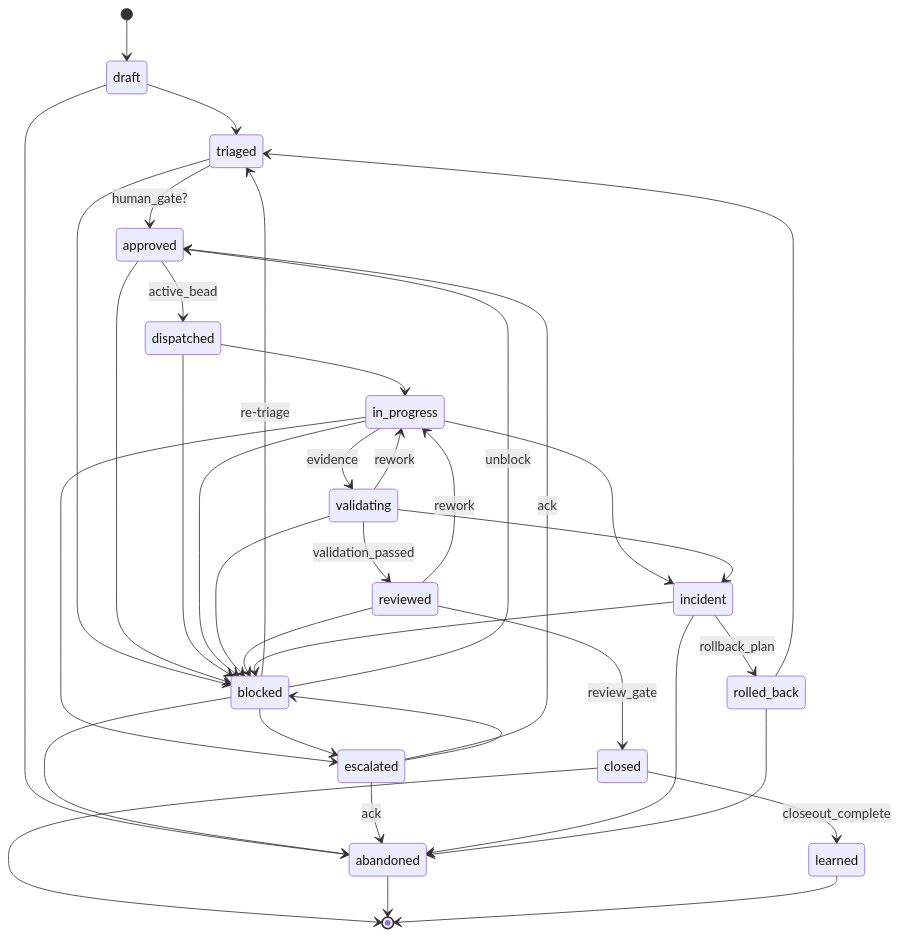
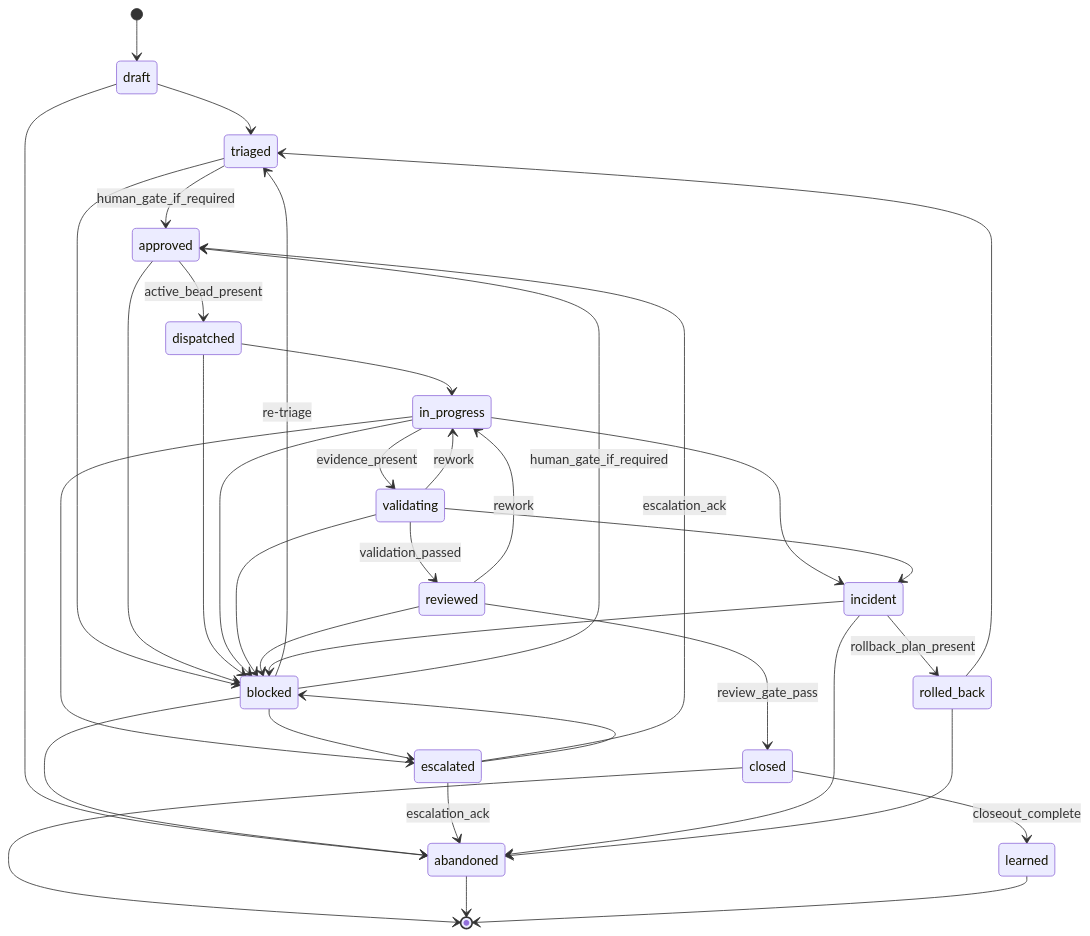
The first of 2 diagrams in docs/architecture/STATE_MACHINE.md (kas1987/chromatic-atomic-tower), drawn with Mermaid before and after one commit. The commit also changed other lines of this file and 2 other files, not shown here.

Commit message:
fix(state-machine): address review feedback on transition rules
- BEAD queued->active: drop mission-scoped guard active_bead_present -> none
  (no precondition on BEAD dispatch; guard was a copy-paste from mission rules)
- Mission blocked->approved: none -> human_gate_if_required to close the
  triaged->blocked->approved bypass path identified by Codex P1
- YAML terminal-state comments: closed/completed are non-terminal; reword to
  match the actual *_terminal_states lists
- STATE_MACHINE.md: replace shorthand diagram labels with exact guard names
  (human_gate_if_required, active_bead_present, evidence_present,
   review_gate_pass, escalation_ack, rollback_plan_present); fix mission and
  BEAD terminal-state prose; blocked->approved label carries guard name
- Evidence report: align terminal-state wording with rule file

Addresses: Gemini #3430800991, Copilot #3430811738/775/787/804/825/845/866/
893/913/926/943/964/985, Codex #3430815534/537

````diff
--- a/docs/architecture/STATE_MACHINE.md
+++ b/docs/architecture/STATE_MACHINE.md
@@ -18,39 +18,39 @@
 ```mermaid
 stateDiagram-v2
     [*] --> draft
     draft --> triaged
     draft --> abandoned
-    triaged --> approved: human_gate?
+    triaged --> approved: human_gate_if_required
     triaged --> blocked
-    approved --> dispatched: active_bead
+    approved --> dispatched: active_bead_present
     approved --> blocked
     dispatched --> in_progress
     dispatched --> blocked
-    in_progress --> validating: evidence
+    in_progress --> validating: evidence_present
     in_progress --> blocked
     in_progress --> escalated
     in_progress --> incident
     validating --> reviewed: validation_passed
     validating --> in_progress: rework
     validating --> blocked
     validating --> incident
-    reviewed --> closed: review_gate
+    reviewed --> closed: review_gate_pass
     reviewed --> in_progress: rework
     reviewed --> blocked
     closed --> learned: closeout_complete
     blocked --> triaged: re-triage
-    blocked --> approved: unblock
+    blocked --> approved: human_gate_if_required
     blocked --> escalated
     blocked --> abandoned
-    escalated --> approved: ack
+    escalated --> approved: escalation_ack
     escalated --> blocked
-    escalated --> abandoned: ack
-    incident --> rolled_back: rollback_plan
+    escalated --> abandoned: escalation_ack
+    incident --> rolled_back: rollback_plan_present
     incident --> blocked
     incident --> abandoned
     rolled_back --> triaged
     rolled_back --> abandoned
     closed --> [*]
     abandoned --> [*]
     learned --> [*]
 ```
````
